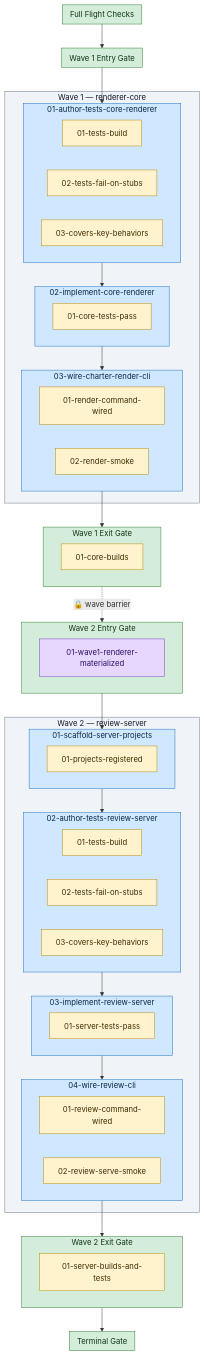
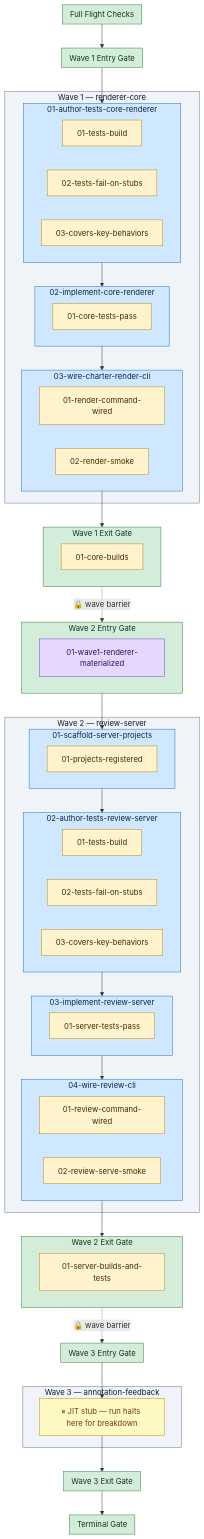
One commit to Servant-Software-LLC/Charter changed the diagram in docs/plans/01-combine-lavish-and-visual-plan/diagram.md. Above: the diagram before and after it, drawn with Mermaid. The commit also changed other lines of this file and 3 other files, not shown here.

First line of the commit message:
chore(plan): add wave-3 JIT stub — restore the one-wave-ahead signal

````diff
--- a/docs/plans/01-combine-lavish-and-visual-plan/diagram.md
+++ b/docs/plans/01-combine-lavish-and-visual-plan/diagram.md
@@ -60,6 +60,17 @@
     wave_2_guardrails_0["01-server-builds-and-tests"]:::guardrail
   end
   style wave_2_guardrails fill:#d4edda,stroke:#2e7d32,color:#10341a;
+  subgraph wave_3_preflights["Wave 3 Entry Gate"]
+  end
+  style wave_3_preflights fill:#d4edda,stroke:#2e7d32,color:#10341a;
+  subgraph wave_3["Wave 3 — annotation-feedback"]
+    wave_3_stub["⏸ JIT stub — run halts here for breakdown"]
+    style wave_3_stub fill:#fef9c3,stroke:#ca8a04,color:#713f12;
+  end
+  style wave_3 fill:#f0f4f8,stroke:#64748b,color:#0f172a;
+  subgraph wave_3_guardrails["Wave 3 Exit Gate"]
+  end
+  style wave_3_guardrails fill:#d4edda,stroke:#2e7d32,color:#10341a;
   subgraph plan_guardrails["Terminal Gate"]
   end
   style plan_guardrails fill:#d4edda,stroke:#2e7d32,color:#10341a;
@@ -73,8 +84,11 @@
   task_wave_02_review_server_02_author_tests_review_server --> task_wave_02_review_server_03_implement_review_server
   task_wave_02_review_server_03_implement_review_server --> task_wave_02_review_server_04_wire_review_cli
   task_wave_02_review_server_04_wire_review_cli --> wave_2_guardrails
+  wave_3_preflights --> wave_3_stub
+  wave_3_stub --> wave_3_guardrails
   wave_1_guardrails -.->|"🔒 wave barrier"| wave_2_preflights
-  wave_2_guardrails --> plan_guardrails
+  wave_2_guardrails -.->|"🔒 wave barrier"| wave_3_preflights
+  wave_3_guardrails --> plan_guardrails
   classDef preflight fill:#e6d7ff,stroke:#6f42c1,color:#2e1065;
   classDef guardrail fill:#fff3cd,stroke:#b8860b,color:#3d2c00;
 ```
````
